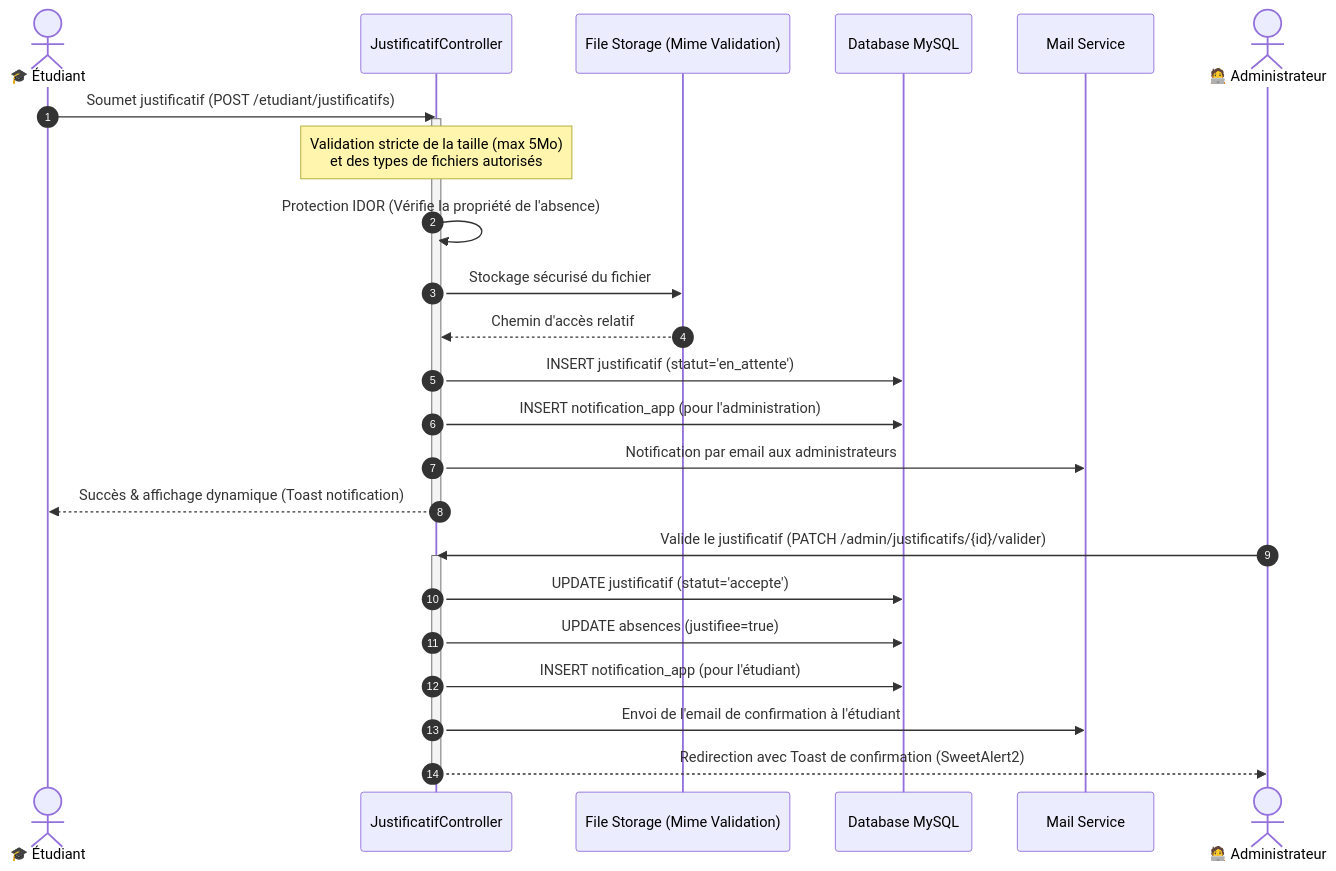
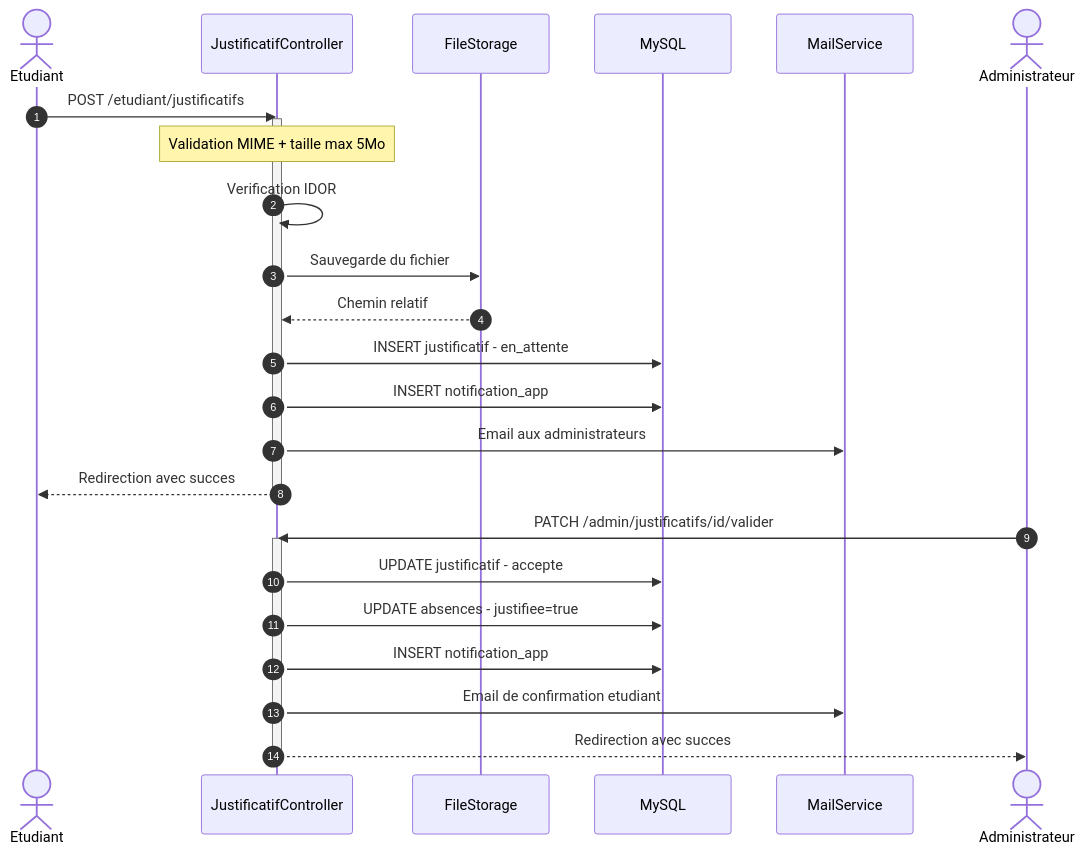
One commit to Amine-NAHLI/gestion-universitaire-upf changed the second of 2 diagrams in README.md. Above: the diagram before and after it, drawn with Mermaid. The commit also changed other lines of this file, not shown here.

Commit message:
docs: simplify and clean up Mermaid diagrams in README.md

````diff
--- a/README.md
+++ b/README.md
@@ -109,33 +109,33 @@
 ```mermaid
 sequenceDiagram
     autonumber
-    actor Etudiant as 🎓 Étudiant
+    actor Etudiant as Etudiant
     participant Controller as JustificatifController
-    participant Storage as File Storage (Mime Validation)
-    participant DB as Database MySQL
-    participant Mail as Mail Service
-    actor Admin as 🧑‍💻 Administrateur
+    participant Storage as FileStorage
+    participant DB as MySQL
+    participant Mail as MailService
+    actor Admin as Administrateur
 
-    Etudiant->>Controller: Soumet justificatif (POST /etudiant/justificatifs)
+    Etudiant->>Controller: POST /etudiant/justificatifs
     activate Controller
-    note over Controller: Validation stricte de la taille (max 5Mo)<br/>et des types de fichiers autorisés
-    
-    Controller->>Controller: Protection IDOR (Vérifie la propriété de l'absence)
-    Controller->>Storage: Stockage sécurisé du fichier
-    Storage-->>Controller: Chemin d'accès relatif
-    
-    Controller->>DB: INSERT justificatif (statut='en_attente')
-    Controller->>DB: INSERT notification_app (pour l'administration)
-    Controller->>Mail: Notification par email aux administrateurs
-    Controller-->>Etudiant: Succès & affichage dynamique (Toast notification)
+    note over Controller: Validation MIME + taille max 5Mo
+
+    Controller->>Controller: Verification IDOR
+    Controller->>Storage: Sauvegarde du fichier
+    Storage-->>Controller: Chemin relatif
+
+    Controller->>DB: INSERT justificatif - en_attente
+    Controller->>DB: INSERT notification_app
+    Controller->>Mail: Email aux administrateurs
+    Controller-->>Etudiant: Redirection avec succes
     deactivate Controller
-    
-    Admin->>Controller: Valide le justificatif (PATCH /admin/justificatifs/{id}/valider)
+
+    Admin->>Controller: PATCH /admin/justificatifs/id/valider
     activate Controller
-    Controller->>DB: UPDATE justificatif (statut='accepte')
-    Controller->>DB: UPDATE absences (justifiee=true)
-    Controller->>DB: INSERT notification_app (pour l'étudiant)
-    Controller->>Mail: Envoi de l'email de confirmation à l'étudiant
-    Controller-->>Admin: Redirection avec Toast de confirmation (SweetAlert2)
+    Controller->>DB: UPDATE justificatif - accepte
+    Controller->>DB: UPDATE absences - justifiee=true
+    Controller->>DB: INSERT notification_app
+    Controller->>Mail: Email de confirmation etudiant
+    Controller-->>Admin: Redirection avec succes
     deactivate Controller
 ```
````
